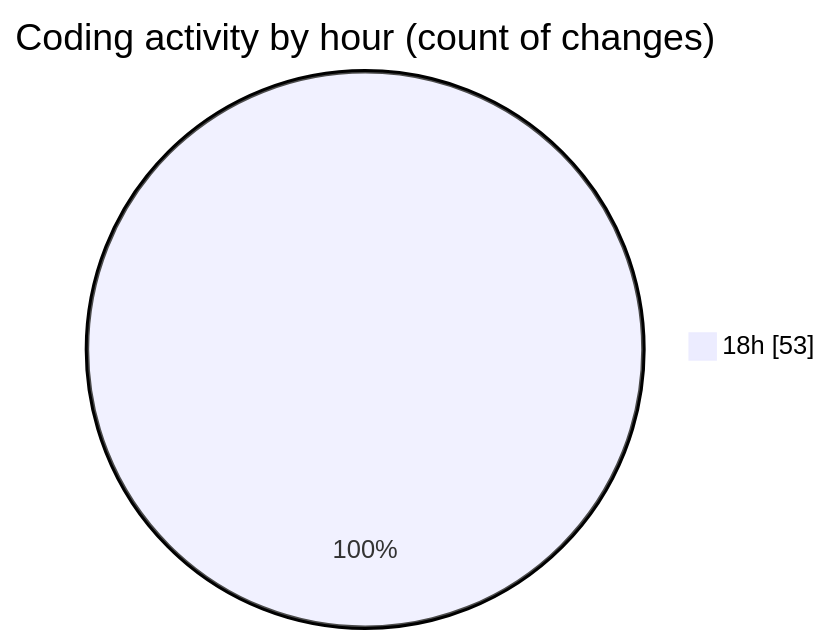
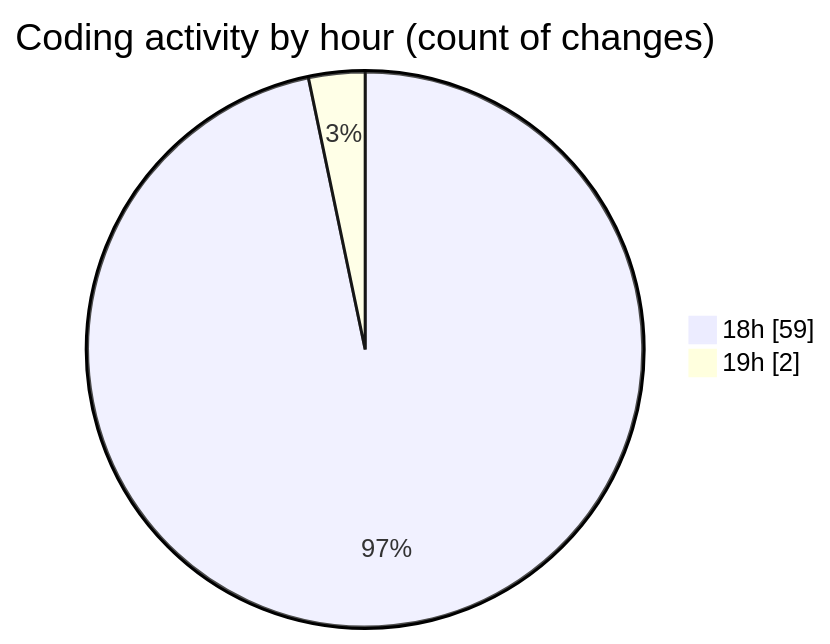
One commit to Netris89/code-tracking changed the second of 2 diagrams in 2025-04-02/back-end/README.md. Above: the diagram before and after it, drawn with Mermaid. The commit also changed other lines of this file and 1 other file, not shown here.

````diff
--- a/2025-04-02/back-end/README.md
+++ b/2025-04-02/back-end/README.md
@@ -28,5 +28,6 @@
 ```mermaid
 pie showData
 title Coding activity by hour (count of changes)
-"18h" : 53
+"18h" : 59
+"19h" : 2
 ```
````
